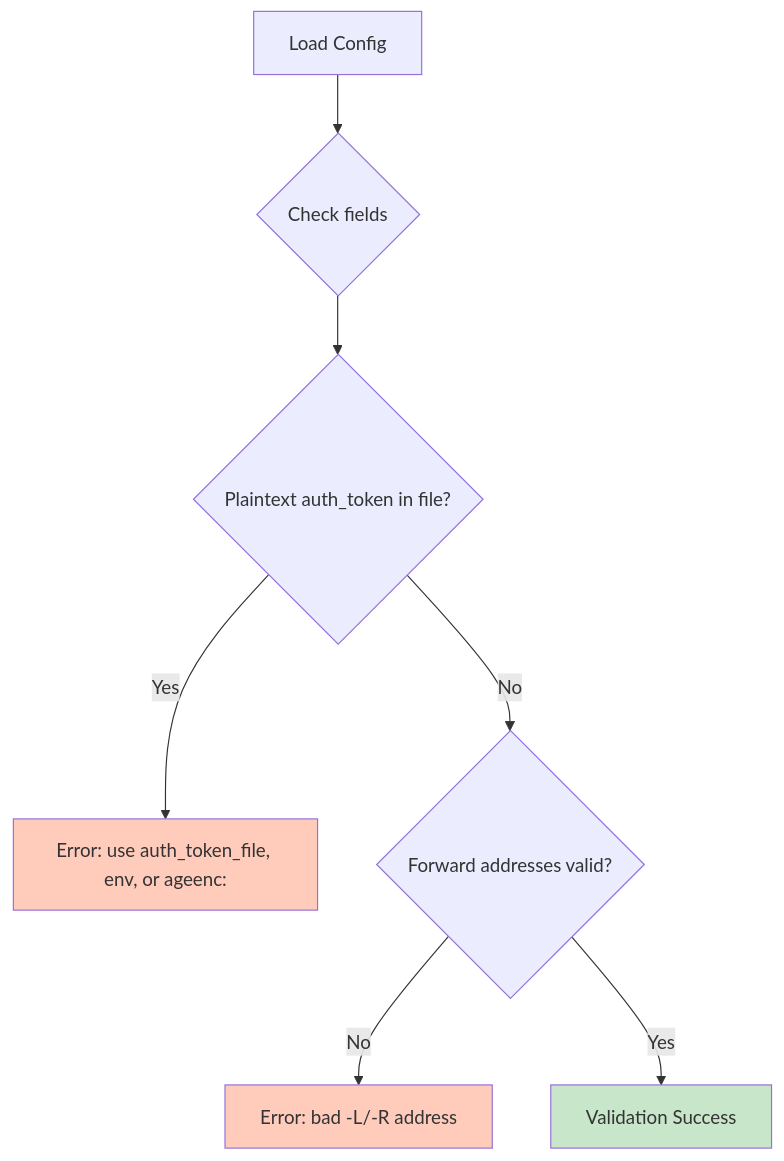
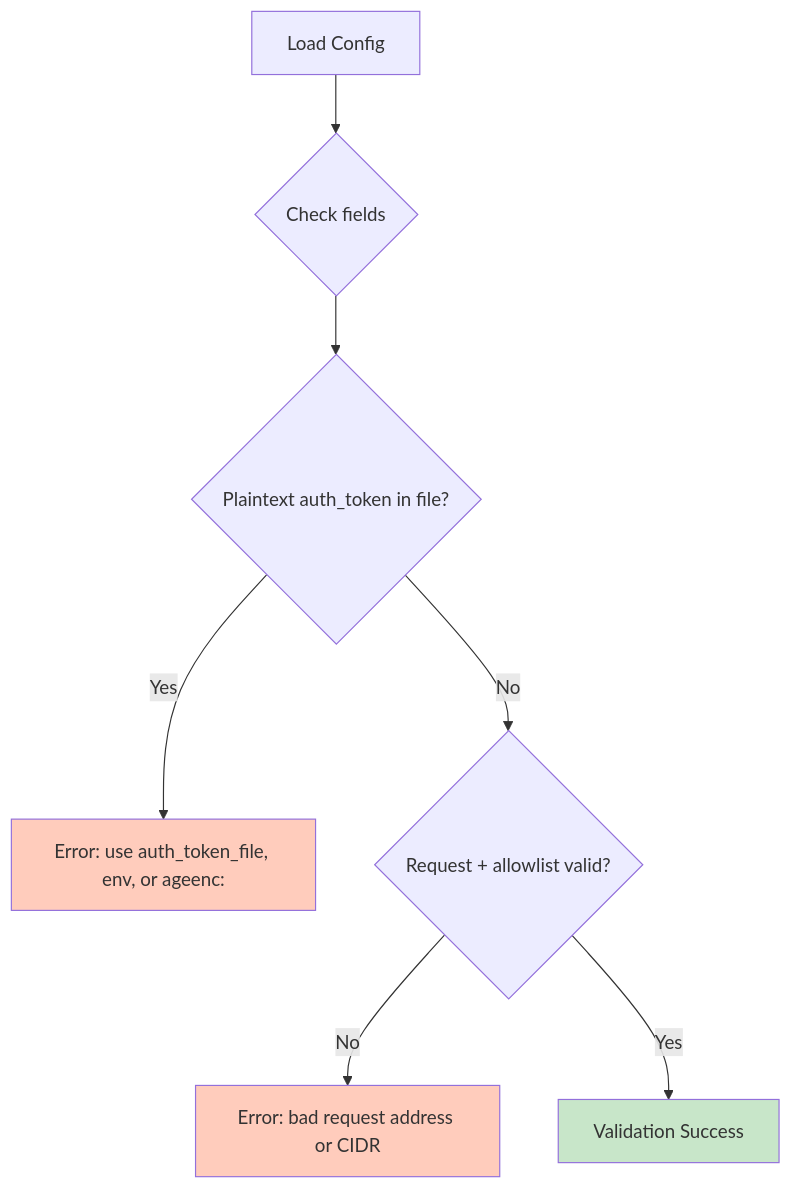
Diagram 14 of 24 in docs/ARCHITECTURE.md (andrewtheguy/duopipe), drawn with Mermaid before and after one commit. The commit also changed other lines of this file and 2 other files, not shown here.

````diff
--- a/docs/ARCHITECTURE.md
+++ b/docs/ARCHITECTURE.md
@@ -523,15 +523,15 @@
 ```mermaid
 graph TB
     A[Load Config] --> F{Check fields}
 
     F --> G{Plaintext auth_token in file?}
     G -->|Yes| H[Error: use auth_token_file, env, or ageenc:]
-    G -->|No| I{Forward addresses valid?}
+    G -->|No| I{Request + allowlist valid?}
 
-    I -->|No| J[Error: bad -L/-R address]
+    I -->|No| J[Error: bad request address or CIDR]
     I -->|Yes| K[Validation Success]
 
     style H fill:#FFCCBC
     style J fill:#FFCCBC
     style K fill:#C8E6C9
 ```
````
